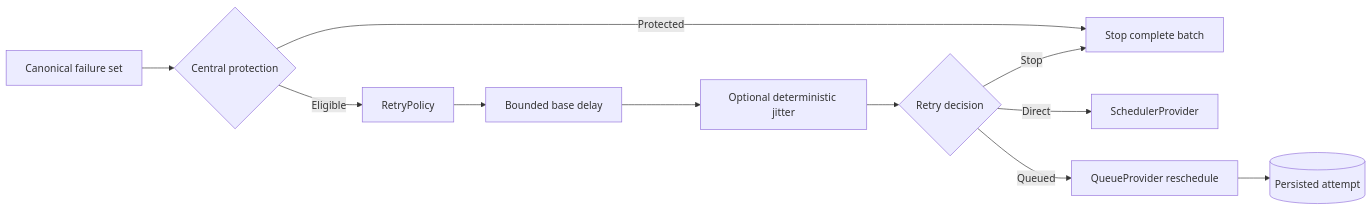
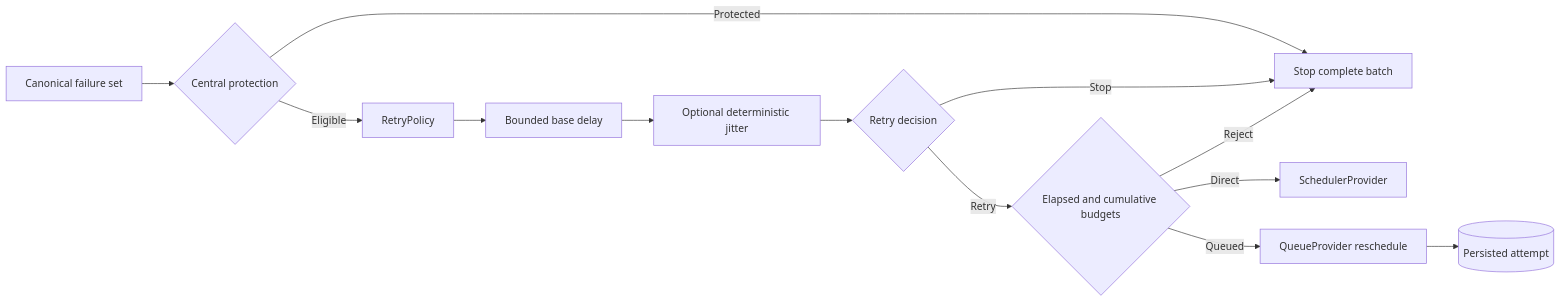
One commit to dataloom-sdk/dataloom changed the diagram in docs/architecture/retry-boundaries.md. Above: the diagram before and after it, drawn with Mermaid. The commit also changed other lines of this file and 47 other files, not shown here.

First line of the commit message:
DL-040: add durable retry time and delay budgets (#111)

````diff
--- a/docs/architecture/retry-boundaries.md
+++ b/docs/architecture/retry-boundaries.md
@@ -14,24 +14,27 @@
 ```mermaid
 flowchart LR
     failure[Canonical failure set]
     guard{Central protection}
     stop[Stop complete batch]
     policy[RetryPolicy]
     base[Bounded base delay]
     jitter[Optional deterministic jitter]
     decision{Retry decision}
+    budget{Elapsed and cumulative budgets}
     direct[SchedulerProvider]
     queued[QueueProvider reschedule]
     durable[(Persisted attempt)]
 
     failure --> guard
     guard -->|Protected| stop
     guard -->|Eligible| policy
     policy --> base
     base --> jitter
     jitter --> decision
     decision -->|Stop| stop
-    decision -->|Direct| direct
-    decision -->|Queued| queued
+    decision -->|Retry| budget
+    budget -->|Reject| stop
+    budget -->|Direct| direct
+    budget -->|Queued| queued
     queued --> durable
 ```
````
